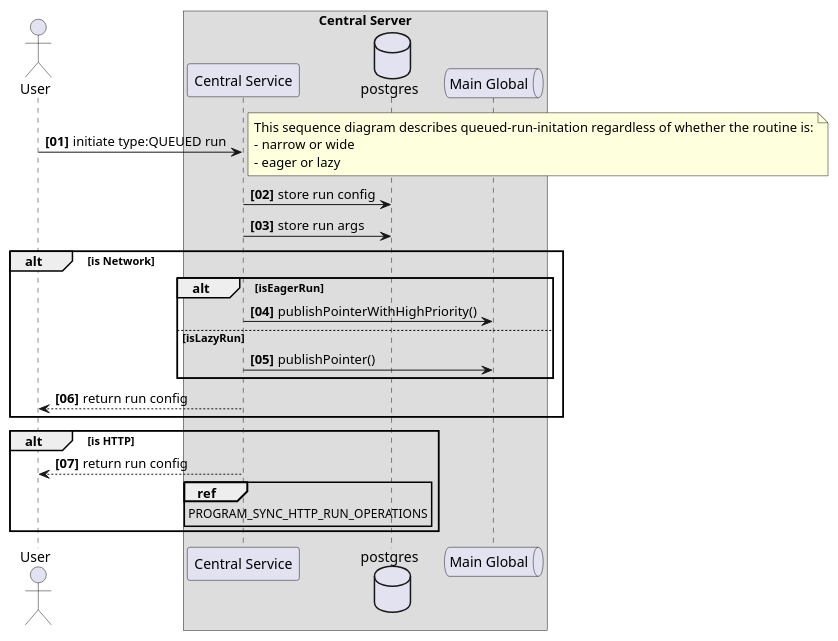
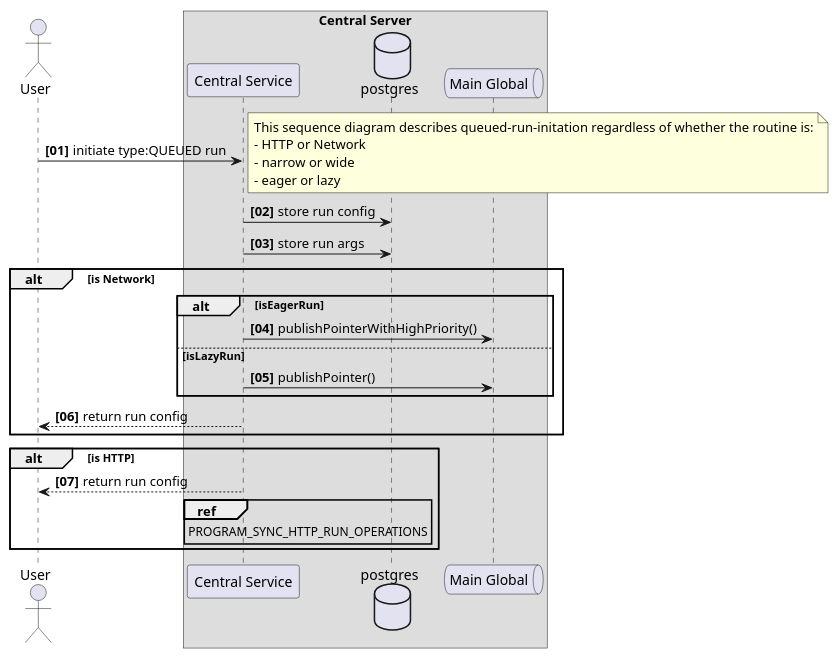
One commit to anovimous/automata changed the diagram in plan/HLD/sequence-diagrams/queued-run-initiation.puml. Above: the diagram before and after it, drawn with PlantUML.

Commit message:
docs(routine-run-management): edited comments only

```diff
--- a/plan/HLD/sequence-diagrams/queued-run-initiation.puml
+++ b/plan/HLD/sequence-diagrams/queued-run-initiation.puml
@@ -1,36 +1,37 @@
 @startuml
 actor "User" as user
 box "Central Server"
 participant "Central Service" as api
 database postgres
 queue "Main Global" as mainq
 end box
 
 
 autonumber "<b>[00]"
 user -> api : initiate type:QUEUED run
 note right
 This sequence diagram describes queued-run-initation regardless of whether the routine is:
+- HTTP or Network
 - narrow or wide
 - eager or lazy
 end note
 api -> postgres : store run config
 api -> postgres : store run args
 
 alt is Network
 alt isEagerRun
 api -> mainq : publishPointerWithHighPriority()
 else isLazyRun
 api -> mainq : publishPointer()
 end
 api --> user : return run config
 end
 
 alt is HTTP
 
 api --> user : return run config
 
 ref over api: PROGRAM_SYNC_HTTP_RUN_OPERATIONS
 
 end
 @enduml
```
